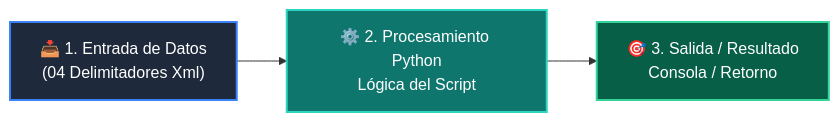
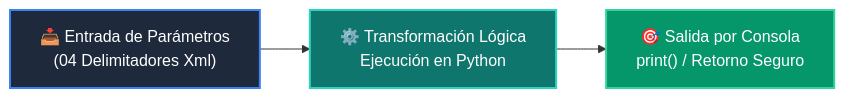
Before and after one commit to wisrovi/wisrovi-python: the diagram in 03-agentes-ia/clase-02-prompt-engineering-avanzado/ejemplos/ejemplo_04_delimitadores_xml/README.md, drawn with Mermaid. The commit also changed other lines of this file and 226 other files, not shown here.

Commit message:
docs: elevate all repository READMEs to world-class mastery standard with rich pedagogical architecture, custom Mermaids, and professional styling

````diff
--- a/03-agentes-ia/clase-02-prompt-engineering-avanzado/ejemplos/ejemplo_04_delimitadores_xml/README.md
+++ b/03-agentes-ia/clase-02-prompt-engineering-avanzado/ejemplos/ejemplo_04_delimitadores_xml/README.md
@@ -12,9 +19,9 @@
 ```mermaid
 flowchart LR
-    A["📥 1. Entrada de Datos<br/>(04 Delimitadores Xml)"] --> B["⚙️ 2. Procesamiento Python<br/>Lógica del Script"]
-    B --> C["🎯 3. Salida / Resultado<br/>Consola / Retorno"]
+    A["📥 Entrada de Parámetros<br/>(04 Delimitadores Xml)"] --> B["⚙️ Transformación Lógica<br/>Ejecución en Python"]
+    B --> C["🎯 Salida por Consola<br/>print() / Retorno Seguro"]
 
-    style A fill:#1e293b,color:#fff,stroke:#3b82f6,stroke-width:2px
-    style B fill:#0f766e,color:#fff,stroke:#2dd4bf,stroke-width:2px
-    style C fill:#065f46,color:#fff,stroke:#34d399,stroke-width:2px
+    style A fill:#1e293b,color:#ffffff,stroke:#3b82f6,stroke-width:2px
+    style B fill:#0f766e,color:#ffffff,stroke:#2dd4bf,stroke-width:2px
+    style C fill:#059669,color:#ffffff,stroke:#34d399,stroke-width:2px
 ```
````
